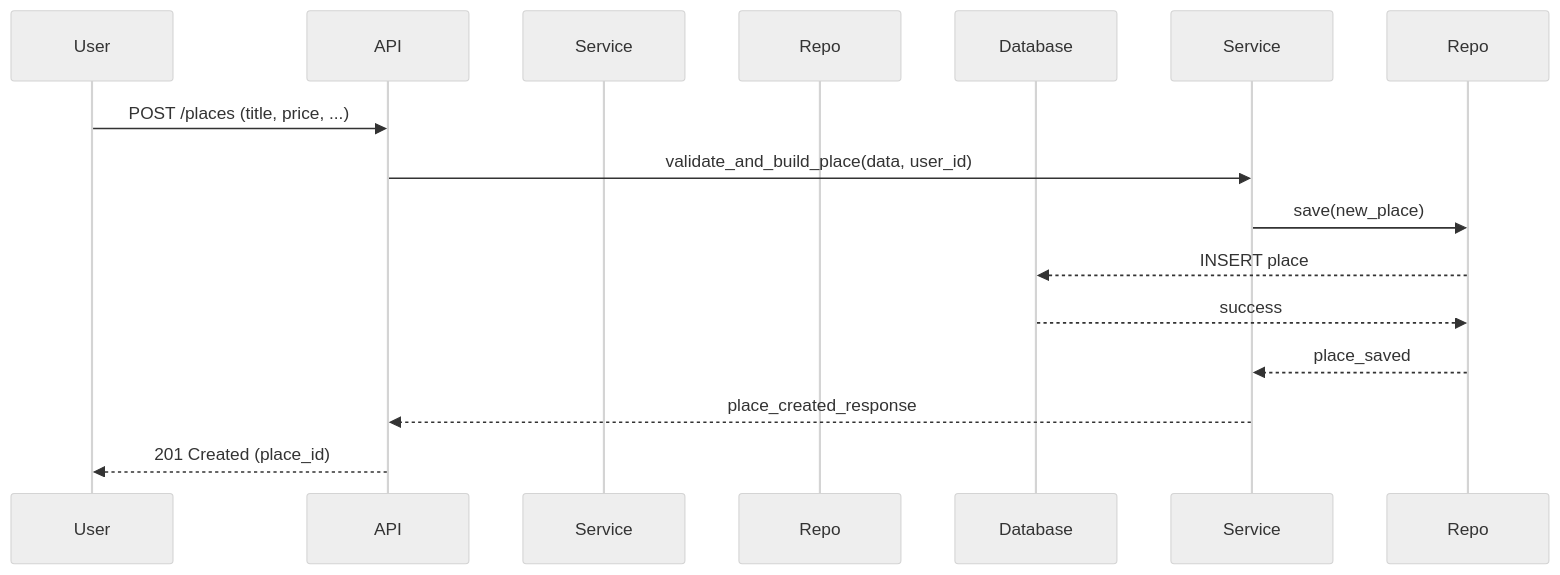
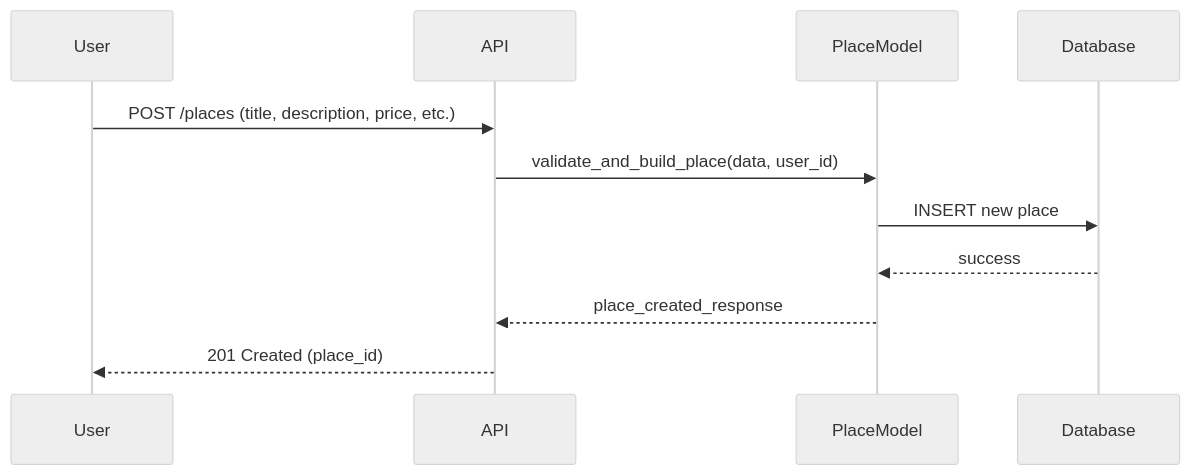
The fourth of 6 diagrams in part1/3. Documentation Compilation.md (loicleguen/holbertonschool-hbnb), drawn with Mermaid (neutral theme) before and after one commit. The commit also changed other lines of this file, not shown here.

Commit message:
refactor: update architecture and class diagrams for clarity and consistency

````diff
--- a/part1/3. Documentation Compilation.md
+++ b/part1/3. Documentation Compilation.md
@@ -208,17 +171,14 @@
 ```mermaid
 sequenceDiagram
     participant User
     participant API
-    participant PlaceService as Service
-    participant PlaceRepository as Repo
+    participant BusinessLogic as PlaceModel
     participant Database
 
-    User->>API: POST /places (title, price, ...)
-    API->>Service: validate_and_build_place(data, user_id)
-    Service->>Repo: save(new_place)
-    Repo-->>Database: INSERT place
-    Database-->>Repo: success
-    Repo-->>Service: place_saved
-    Service-->>API: place_created_response
+    User->>API: POST /places (title, description, price, etc.)
+    API->>BusinessLogic: validate_and_build_place(data, user_id)
+    BusinessLogic->>Database: INSERT new place
+    Database-->>BusinessLogic: success
+    BusinessLogic-->>API: place_created_response
     API-->>User: 201 Created (place_id)
 ```
````
